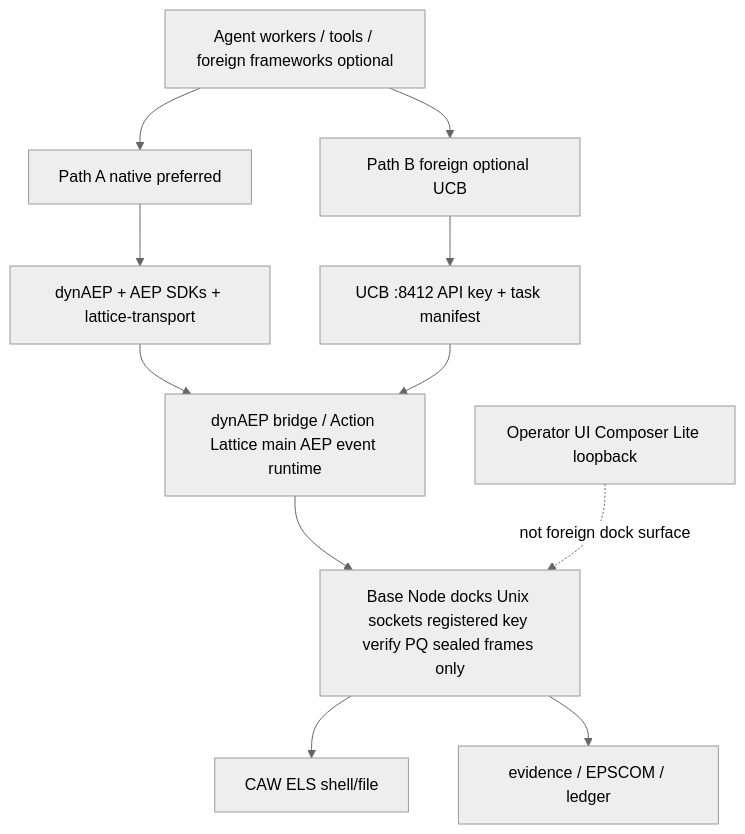
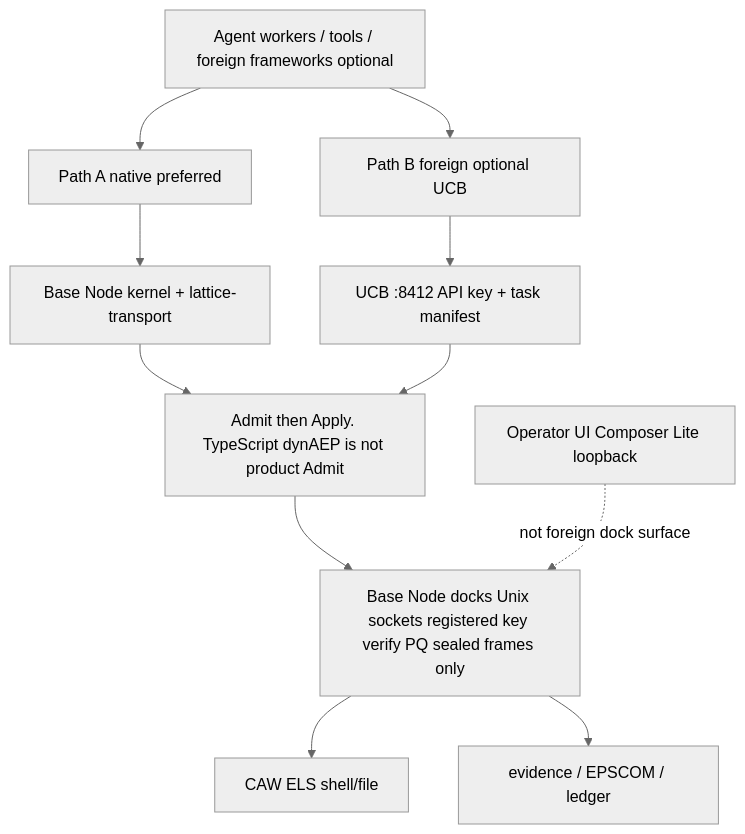
One commit to thePM001/AEP-agent-element-protocol changed the diagram in AEP-User-Experience/docs/AEP-2.8-SECURE-DEPLOYMENT-GUIDE.md. Above: the diagram before and after it, drawn with Mermaid (neutral theme). The commit also changed other lines of this file and 779 other files, not shown here.

````diff
--- a/AEP-User-Experience/docs/AEP-2.8-SECURE-DEPLOYMENT-GUIDE.md
+++ b/AEP-User-Experience/docs/AEP-2.8-SECURE-DEPLOYMENT-GUIDE.md
@@ -42,14 +44,14 @@
 ```mermaid
 flowchart TB
   W[Agent workers / tools / foreign frameworks optional]
   W --> PA[Path A native preferred]
   W --> PB[Path B foreign optional UCB]
-  PA --> DYN[dynAEP + AEP SDKs + lattice-transport]
+  PA --> BN[Base Node kernel + lattice-transport]
   PB --> UCB[UCB :8412 API key + task manifest]
-  DYN --> BR[dynAEP bridge / Action Lattice main AEP event runtime]
+  BN --> BR[Admit then Apply. TypeScript dynAEP is not product Admit]
   UCB --> BR
   BR --> DOCK[Base Node docks Unix sockets registered key verify PQ sealed frames only]
   DOCK --> CAW[CAW ELS shell/file]
   DOCK --> AUD[evidence / EPSCOM / ledger]
   OP[Operator UI Composer Lite loopback] -.->|not foreign dock surface| DOCK
 ```
````
